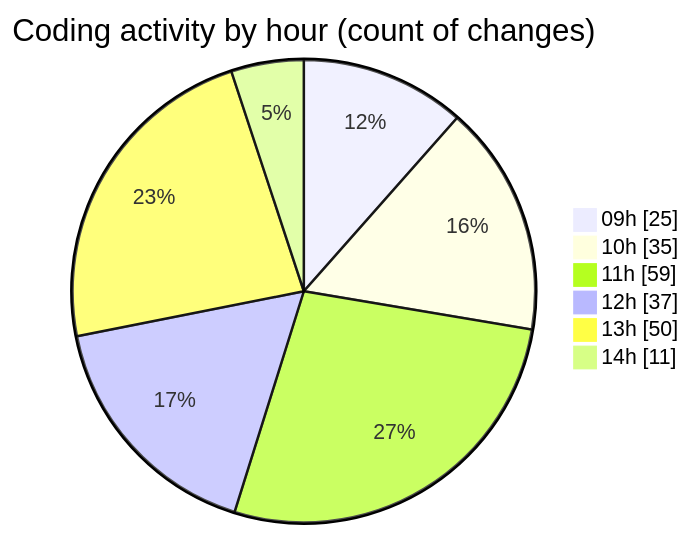
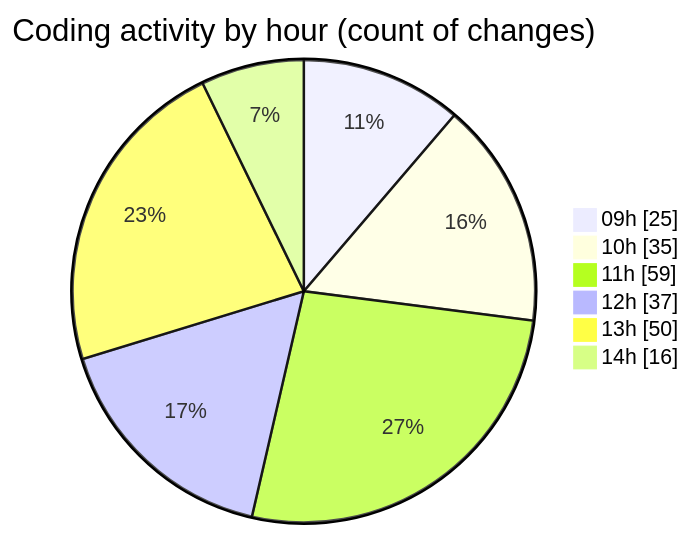
Before and after one commit to momahboobian/code-tracking: the second of 2 diagrams in 2025-08-22/cda/README.md, drawn with Mermaid. The commit also changed other lines of this file and 1 other file, not shown here.

````diff
--- a/2025-08-22/cda/README.md
+++ b/2025-08-22/cda/README.md
@@ -51,10 +51,10 @@
 ```mermaid
 pie showData
 title Coding activity by hour (count of changes)
 "09h" : 25
 "10h" : 35
 "11h" : 59
 "12h" : 37
 "13h" : 50
-"14h" : 11
+"14h" : 16
 ```
````
